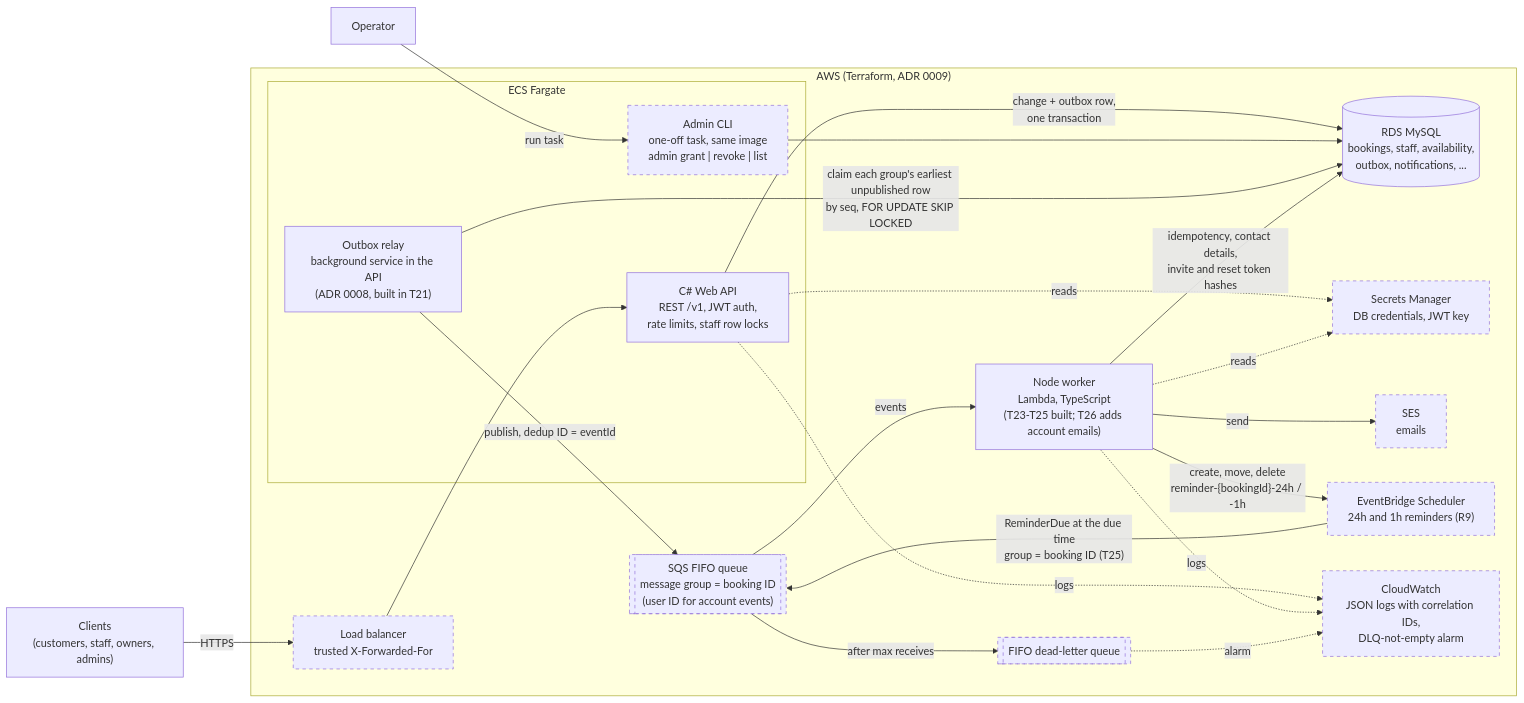
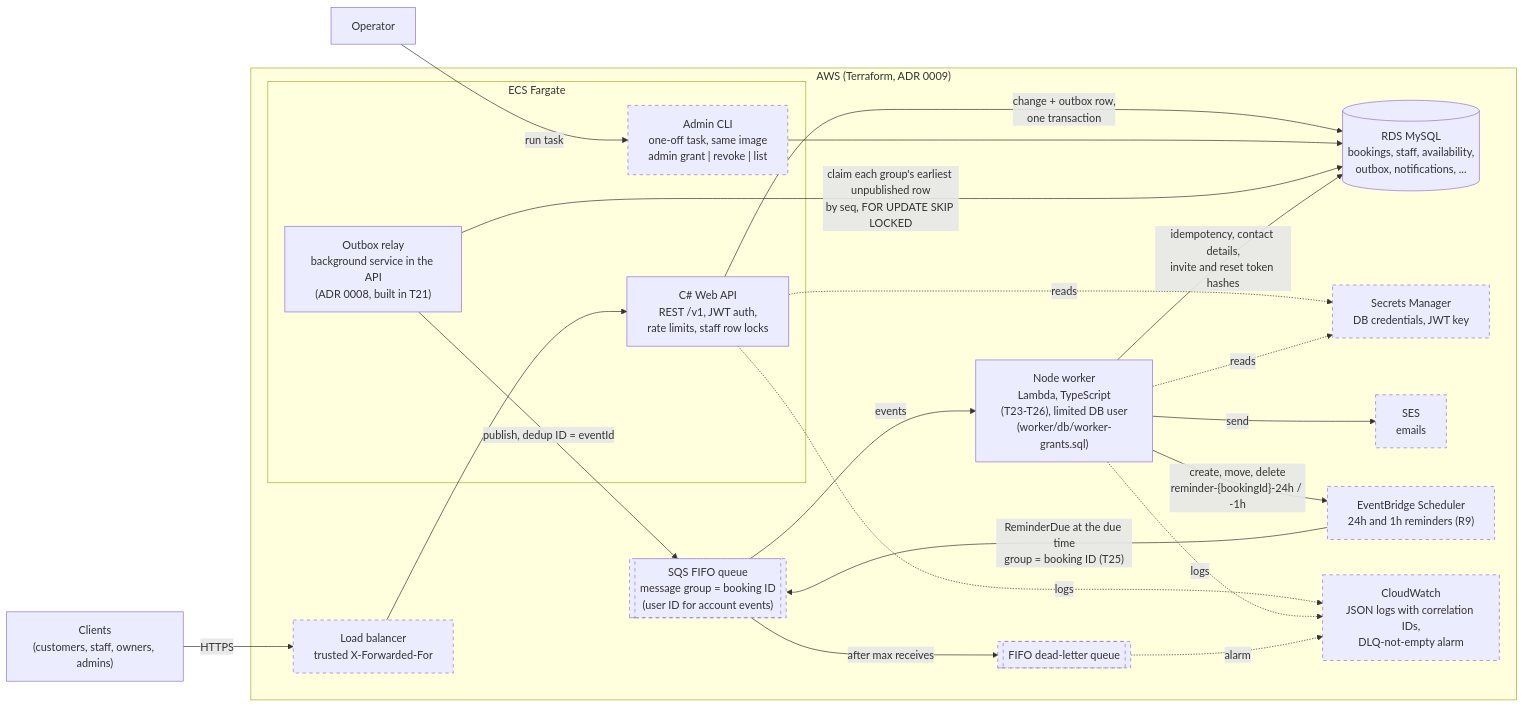
The first of 2 diagrams in docs/architecture.md (duanbailey/booking-platform), drawn with Mermaid before and after one commit. The commit also changed other lines of this file and 27 other files, not shown here.

First line of the commit message:
T26: invite and account emails

````diff
--- a/docs/architecture.md
+++ b/docs/architecture.md
@@ -7,48 +7,48 @@
 ```mermaid
 flowchart LR
     client["Clients<br/>(customers, staff, owners, admins)"]
     operator["Operator"]
 
     subgraph aws["AWS (Terraform, ADR 0009)"]
         alb["Load balancer<br/>trusted X-Forwarded-For"]
 
         subgraph ecs["ECS Fargate"]
             api["C# Web API<br/>REST /v1, JWT auth,<br/>rate limits, staff row locks"]
             relay["Outbox relay<br/>background service in the API<br/>(ADR 0008, built in T21)"]
             cli["Admin CLI<br/>one-off task, same image<br/>admin grant | revoke | list"]
         end
 
         db[("RDS MySQL<br/>bookings, staff, availability,<br/>outbox, notifications, ...")]
         secrets["Secrets Manager<br/>DB credentials, JWT key"]
 
         queue[["SQS FIFO queue<br/>message group = booking ID<br/>(user ID for account events)"]]
         dlq[["FIFO dead-letter queue"]]
 
-        worker["Node worker<br/>Lambda, TypeScript<br/>(T23-T25 built; T26 adds account emails)"]
+        worker["Node worker<br/>Lambda, TypeScript<br/>(T23-T26), limited DB user<br/>(worker/db/worker-grants.sql)"]
         ses["SES<br/>emails"]
         scheduler["EventBridge Scheduler<br/>24h and 1h reminders (R9)"]
 
         logs["CloudWatch<br/>JSON logs with correlation IDs,<br/>DLQ-not-empty alarm"]
     end
 
     client -- "HTTPS" --> alb --> api
     operator -- "run task" --> cli
     api -- "change + outbox row,<br/>one transaction" --> db
     cli --> db
     relay -- "claim each group's earliest unpublished row<br/>by seq, FOR UPDATE SKIP LOCKED" --> db
     relay -- "publish, dedup ID = eventId" --> queue
     queue -- "after max receives" --> dlq
     queue -- "events" --> worker
     worker -- "idempotency, contact details,<br/>invite and reset token hashes" --> db
     worker -- "send" --> ses
     worker -- "create, move, delete<br/>reminder-{bookingId}-24h / -1h" --> scheduler
     scheduler -- "ReminderDue at the due time<br/>group = booking ID (T25)" --> queue
     api -. "reads" .-> secrets
     worker -. "reads" .-> secrets
     api -. "logs" .-> logs
     worker -. "logs" .-> logs
     dlq -. "alarm" .-> logs
 
     classDef planned stroke-dasharray: 5 5
     class queue,dlq,ses,scheduler,alb,secrets,logs,cli planned
 ```
````
